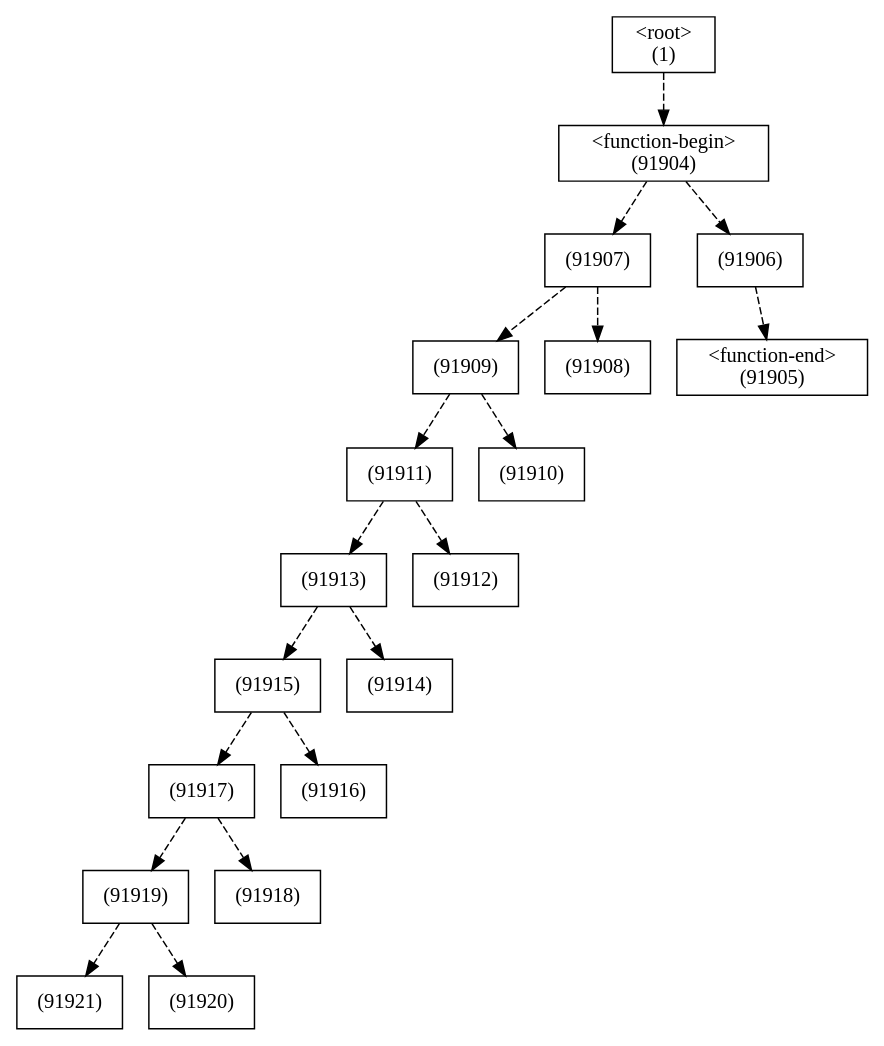
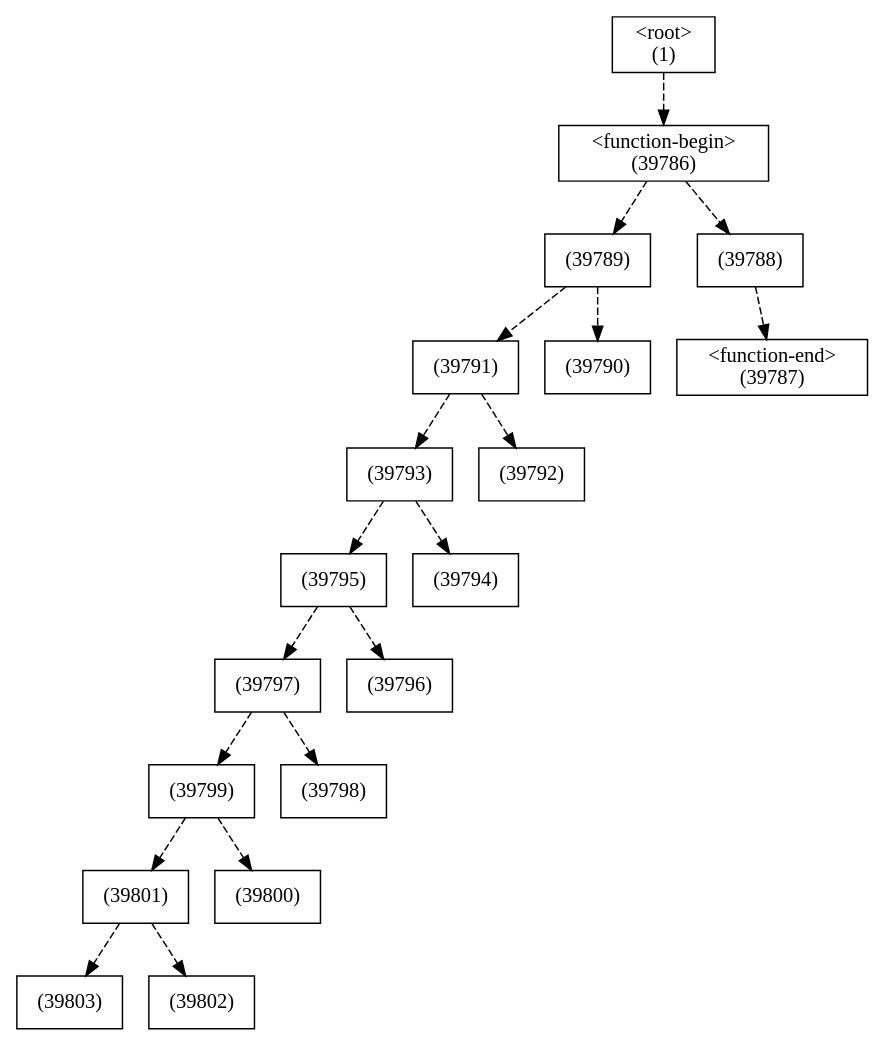
One commit to HuySSky/Tech-terror changed the diagram in dump/js/editor/EditorPanel.update-dj.dot. Above: the diagram before and after it, drawn with Graphviz. The commit also changed 19 other files, not shown here.

```diff
--- a/dump/js/editor/EditorPanel.update-dj.dot
+++ b/dump/js/editor/EditorPanel.update-dj.dot
@@ -1,42 +1,42 @@
 digraph graphname {
-n91921 [shape=box,label="(91921)"];
-n91919 -> n91921[style="dashed"];
-n91920 [shape=box,label="(91920)"];
-n91919 -> n91920[style="dashed"];
-n91919 [shape=box,label="(91919)"];
-n91917 -> n91919[style="dashed"];
-n91918 [shape=box,label="(91918)"];
-n91917 -> n91918[style="dashed"];
-n91917 [shape=box,label="(91917)"];
-n91915 -> n91917[style="dashed"];
-n91916 [shape=box,label="(91916)"];
-n91915 -> n91916[style="dashed"];
-n91915 [shape=box,label="(91915)"];
-n91913 -> n91915[style="dashed"];
-n91914 [shape=box,label="(91914)"];
-n91913 -> n91914[style="dashed"];
-n91913 [shape=box,label="(91913)"];
-n91911 -> n91913[style="dashed"];
-n91912 [shape=box,label="(91912)"];
-n91911 -> n91912[style="dashed"];
-n91911 [shape=box,label="(91911)"];
-n91909 -> n91911[style="dashed"];
-n91910 [shape=box,label="(91910)"];
-n91909 -> n91910[style="dashed"];
-n91909 [shape=box,label="(91909)"];
-n91907 -> n91909[style="dashed"];
-n91908 [shape=box,label="(91908)"];
-n91907 -> n91908[style="dashed"];
-n91907 [shape=box,label="(91907)"];
-n91904 -> n91907[style="dashed"];
-n91906 [shape=box,label="(91906)"];
-n91904 -> n91906[style="dashed"];
-n91905 [shape=box,label="<function-end>
-(91905)"];
-n91906 -> n91905[style="dashed"];
-n91904 [shape=box,label="<function-begin>
-(91904)"];
-n1 -> n91904[style="dashed"];
+n39803 [shape=box,label="(39803)"];
+n39801 -> n39803[style="dashed"];
+n39802 [shape=box,label="(39802)"];
+n39801 -> n39802[style="dashed"];
+n39801 [shape=box,label="(39801)"];
+n39799 -> n39801[style="dashed"];
+n39800 [shape=box,label="(39800)"];
+n39799 -> n39800[style="dashed"];
+n39799 [shape=box,label="(39799)"];
+n39797 -> n39799[style="dashed"];
+n39798 [shape=box,label="(39798)"];
+n39797 -> n39798[style="dashed"];
+n39797 [shape=box,label="(39797)"];
+n39795 -> n39797[style="dashed"];
+n39796 [shape=box,label="(39796)"];
+n39795 -> n39796[style="dashed"];
+n39795 [shape=box,label="(39795)"];
+n39793 -> n39795[style="dashed"];
+n39794 [shape=box,label="(39794)"];
+n39793 -> n39794[style="dashed"];
+n39793 [shape=box,label="(39793)"];
+n39791 -> n39793[style="dashed"];
+n39792 [shape=box,label="(39792)"];
+n39791 -> n39792[style="dashed"];
+n39791 [shape=box,label="(39791)"];
+n39789 -> n39791[style="dashed"];
+n39790 [shape=box,label="(39790)"];
+n39789 -> n39790[style="dashed"];
+n39789 [shape=box,label="(39789)"];
+n39786 -> n39789[style="dashed"];
+n39788 [shape=box,label="(39788)"];
+n39786 -> n39788[style="dashed"];
+n39787 [shape=box,label="<function-end>
+(39787)"];
+n39788 -> n39787[style="dashed"];
+n39786 [shape=box,label="<function-begin>
+(39786)"];
+n1 -> n39786[style="dashed"];
 n1 [shape=box,label="<root>
 (1)"];
 }
```
